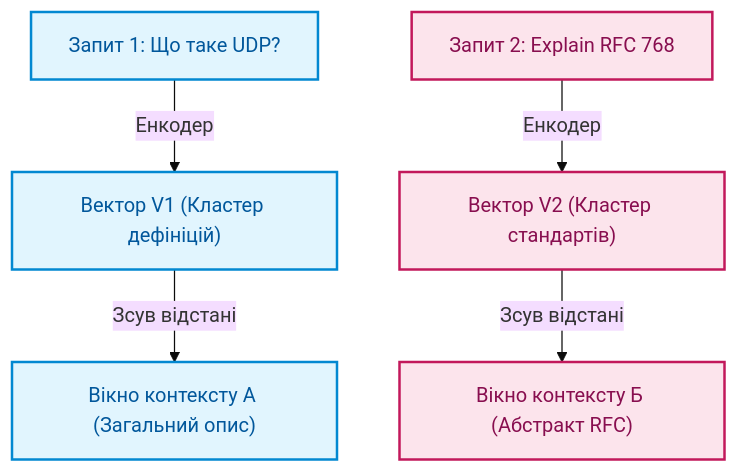
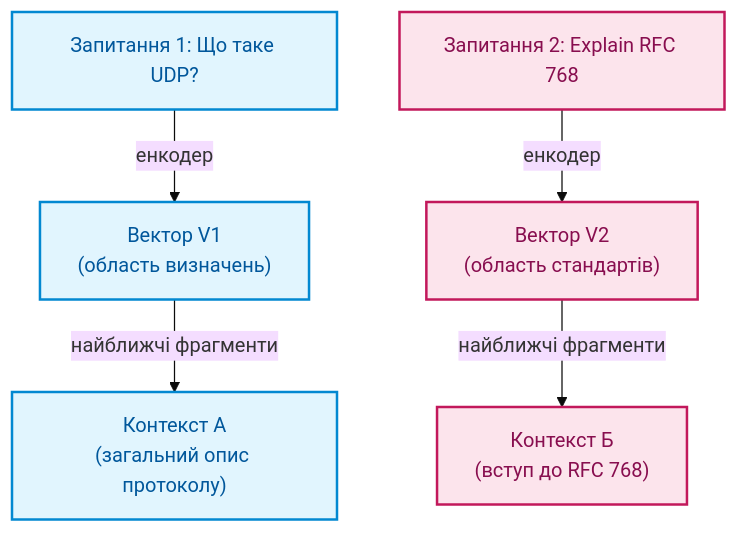
Before and after one commit to nick-fedchik/articles: the fourth of 8 diagrams in ExpertSystem/ch13-language-variability-vs-determinism.md, drawn with Mermaid (base theme). The commit also changed other lines of this file, not shown here.

````diff
--- a/ExpertSystem/ch13-language-variability-vs-determinism.md
+++ b/ExpertSystem/ch13-language-variability-vs-determinism.md
@@ -191,16 +176,16 @@
 ```mermaid
 flowchart TD
     accTitle: Ефект дрейфу косинусної відстані при зміні синтаксису
-    accDescr: Демонстрація того, як семантично еквівалентні запити потрапляють у різні кластери векторного простору.
+    accDescr: Два семантично еквівалентні запитання потрапляють у різні області векторного простору і повертають різні фрагменти.
 
-    Q1["Запит 1: Що таке UDP?"] -->|Енкодер| V1["Вектор V1 (Кластер дефініцій)"]
-    Q2["Запит 2: Explain RFC 768"] -->|Енкодер| V2["Вектор V2 (Кластер стандартів)"]
-    V1 -->|Зсув відстані| R1["Вікно контексту А (Загальний опис)"]
-    V2 -->|Зсув відстані| R2["Вікно контексту Б (Абстракт RFC)"]
+    Q1["Запитання 1: Що таке UDP?"] -->|енкодер| V1["Вектор V1<br/>(область визначень)"]
+    Q2["Запитання 2: Explain RFC 768"] -->|енкодер| V2["Вектор V2<br/>(область стандартів)"]
+    V1 -->|найближчі фрагменти| R1["Контекст А<br/>(загальний опис протоколу)"]
+    V2 -->|найближчі фрагменти| R2["Контекст Б<br/>(вступ до RFC 768)"]
 
     classDef v1 fill:#e1f5fe,stroke:#0288d1,stroke-width:2px,color:#01579b;
     classDef v2 fill:#fce4ec,stroke:#c2185b,stroke-width:2px,color:#880e4f;
 
     class Q1,V1,R1 v1;
     class Q2,V2,R2 v2;
 ```
````
